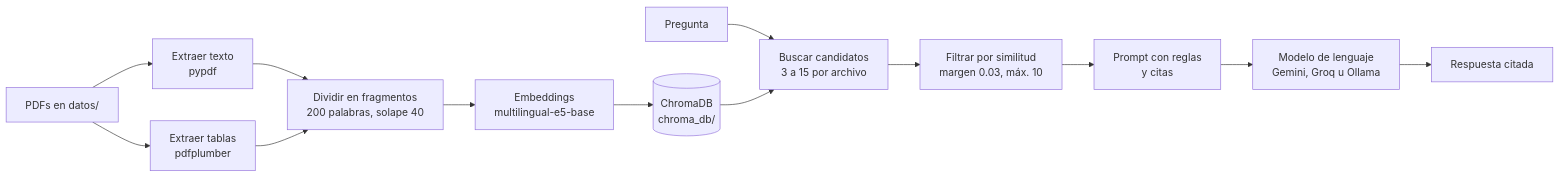
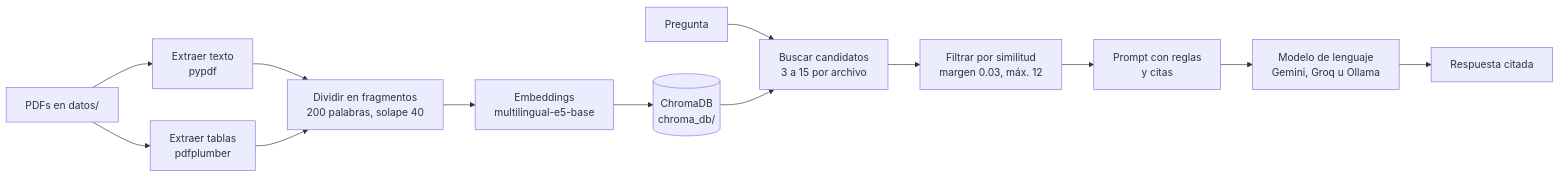
Before and after one commit to loz-perez/NeuroClerk: the diagram in README.md, drawn with Mermaid. The commit also changed other lines of this file and 8 other files, not shown here.

````diff
--- a/README.md
+++ b/README.md
@@ -13,15 +13,15 @@
 ```mermaid
 flowchart LR
     A["PDFs en datos/"] --> B["Extraer texto<br/>pypdf"]
     A --> C["Extraer tablas<br/>pdfplumber"]
     B --> D["Dividir en fragmentos<br/>200 palabras, solape 40"]
     C --> D
     D --> E["Embeddings<br/>multilingual-e5-base"]
     E --> F[("ChromaDB<br/>chroma_db/")]
     P["Pregunta"] --> G["Buscar candidatos<br/>3 a 15 por archivo"]
     F --> G
-    G --> H["Filtrar por similitud<br/>margen 0.03, máx. 10"]
+    G --> H["Filtrar por similitud<br/>margen 0.03, máx. 12"]
     H --> I["Prompt con reglas<br/>y citas"]
     I --> J["Modelo de lenguaje<br/>Gemini, Groq u Ollama"]
     J --> R["Respuesta citada"]
 ```
````
